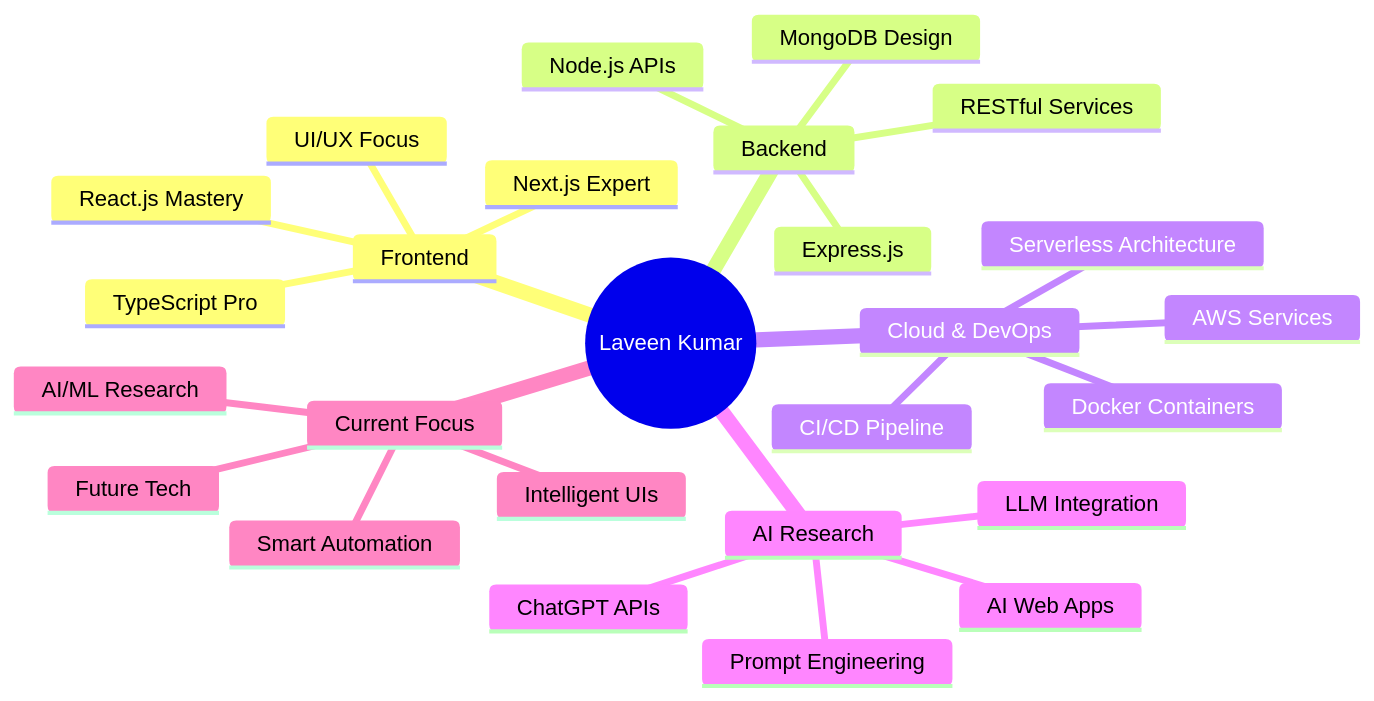
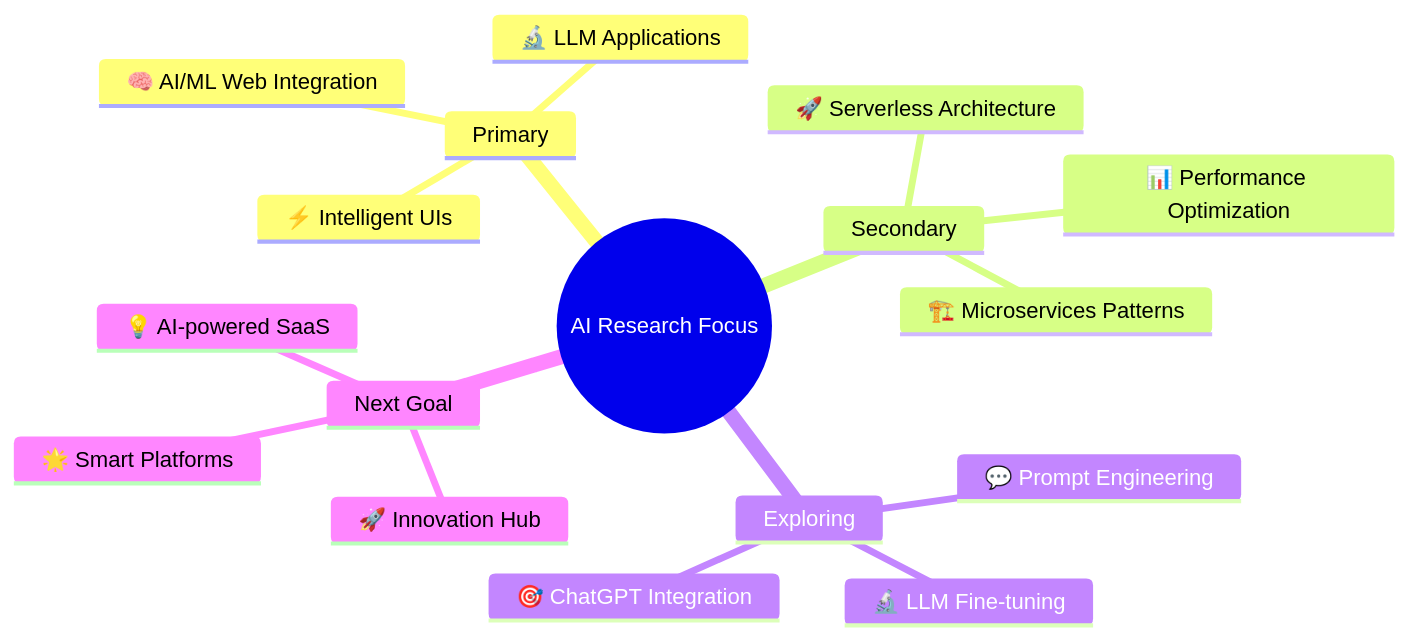
One commit to Lavin-kulal/lavin-kulal changed the diagram in README.md. Above: the diagram before and after it, drawn with Mermaid. The commit also changed other lines of this file, not shown here.

````diff
--- a/README.md
+++ b/README.md
@@ -240,29 +66,20 @@
 ```mermaid
 mindmap
-  root((Laveen Kumar))
-    Frontend
-      React.js Mastery
-      TypeScript Pro
-      Next.js Expert
-      UI/UX Focus
-    Backend
-      Node.js APIs
-      Express.js
-      MongoDB Design
-      RESTful Services
-    Cloud & DevOps
-      AWS Services
-      Serverless Architecture
-      Docker Containers
-      CI/CD Pipeline
-    AI Research
-      LLM Integration
-      ChatGPT APIs
-      Prompt Engineering
-      AI Web Apps
-    Current Focus
-      AI/ML Research
-      Smart Automation
-      Intelligent UIs
-      Future Tech
+  root((AI Research Focus))
+    Primary
+      🧠 AI/ML Web Integration
+      🔬 LLM Applications
+      ⚡ Intelligent UIs
+    Secondary  
+      🚀 Serverless Architecture
+      🏗️ Microservices Patterns
+      📊 Performance Optimization
+    Exploring
+      🔬 LLM Fine-tuning
+      💬 Prompt Engineering
+      🎯 ChatGPT Integration
+    Next Goal
+      💡 AI-powered SaaS
+      🌟 Smart Platforms
+      🚀 Innovation Hub
 ```
````
